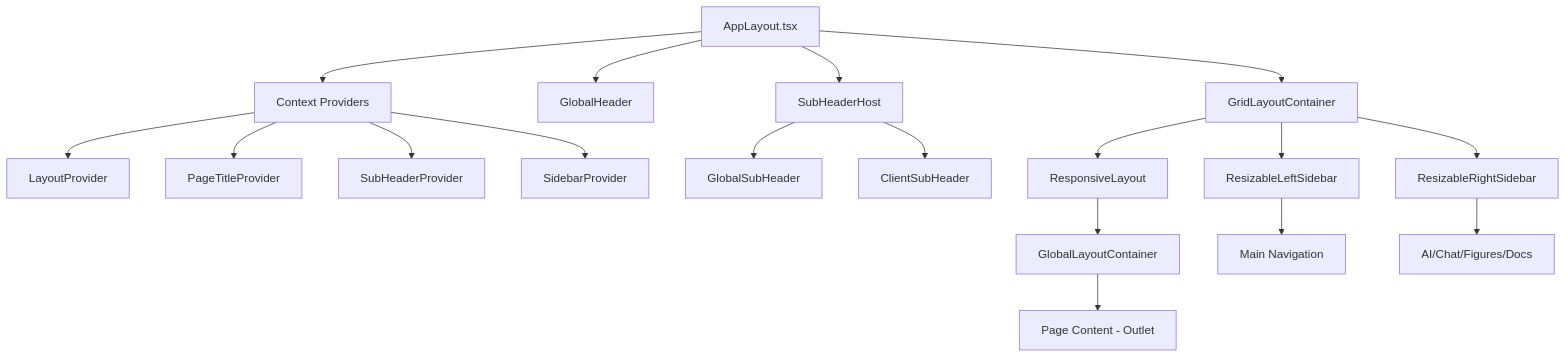
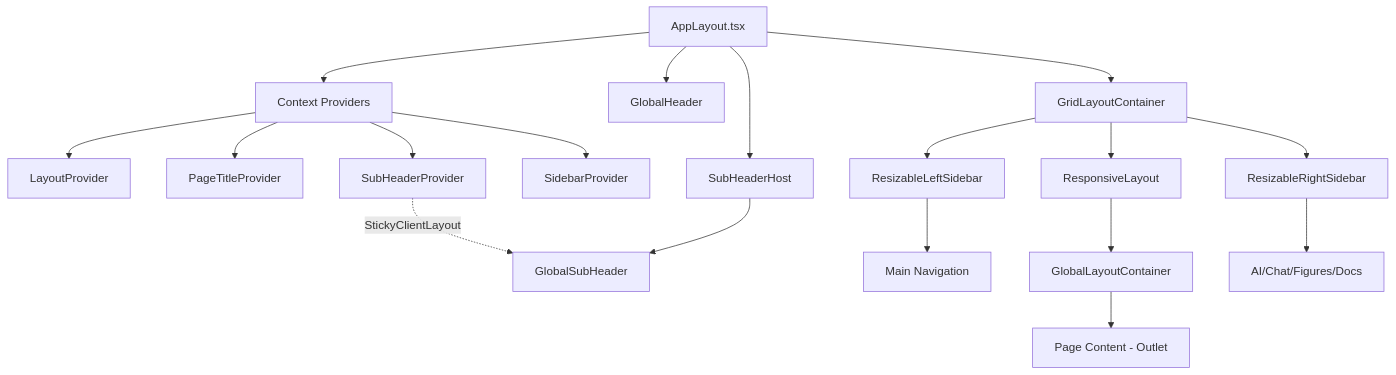
Before and after one commit to Simenb123/revy-audit-insights: the first of 4 diagrams in docs/design/ui-architecture.md, drawn with Mermaid. The commit also changed 4 other files, not shown here.

Commit message:
Fix ClientSubHeader documentation

````diff
--- a/docs/design/ui-architecture.md
+++ b/docs/design/ui-architecture.md
@@ -7,25 +7,26 @@
 ```mermaid
 graph TD
     A[AppLayout.tsx] --> B[Context Providers]
     B --> C[LayoutProvider]
     B --> D[PageTitleProvider]
     B --> E[SubHeaderProvider]
     B --> F[SidebarProvider]
     
     A --> G[GlobalHeader]
     A --> H[SubHeaderHost]
     A --> I[GridLayoutContainer]
     
     H --> J[GlobalSubHeader]
-    H --> K[ClientSubHeader]
     
     I --> L[ResizableLeftSidebar]
     I --> M[ResponsiveLayout]
     I --> N[ResizableRightSidebar]
     
     M --> O[GlobalLayoutContainer]
     O --> P[Page Content - Outlet]
     
     L --> Q[Main Navigation]
     N --> R[AI/Chat/Figures/Docs]
+    
+    E -.StickyClientLayout.-> J
 ```
````
